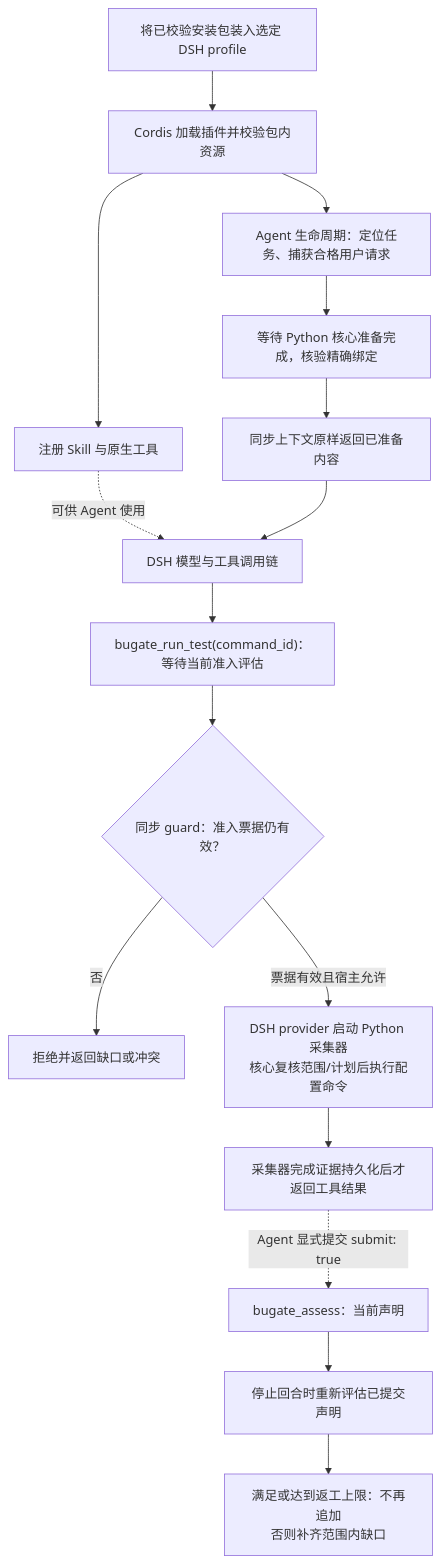
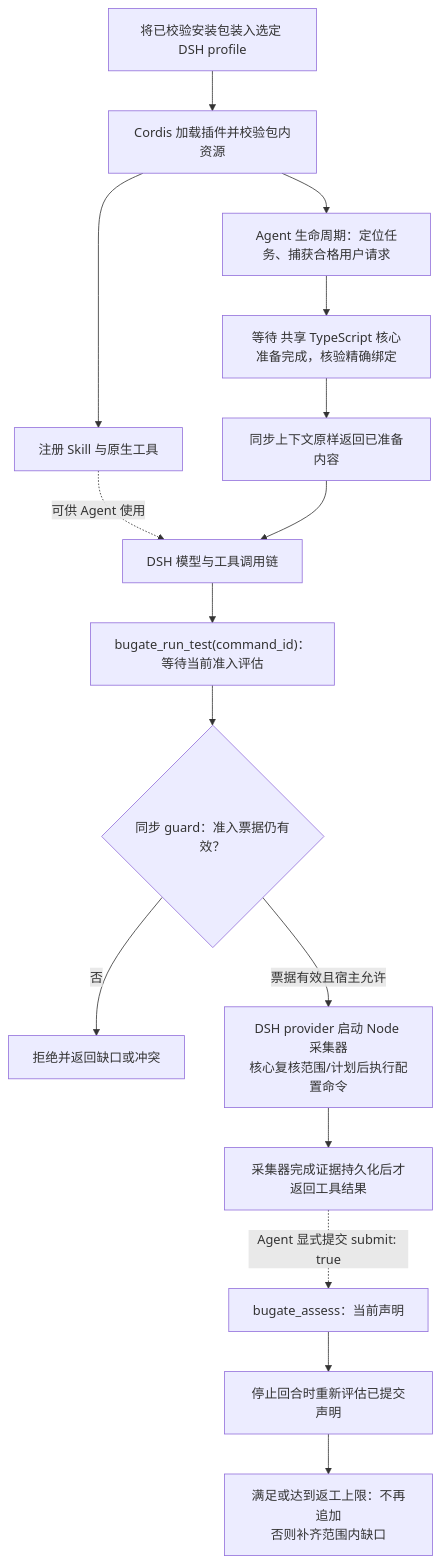
Before and after one commit to ZhangLiangchen/BUGate: the first of 2 diagrams in README.zh-CN.md, drawn with Mermaid. The commit also changed other lines of this file and 119 other files, not shown here.

Commit message:
feat: implement shared TypeScript core and native DSH Team review candidate

````diff
--- a/README.zh-CN.md
+++ b/README.zh-CN.md
@@ -43,18 +43,18 @@
 ```mermaid
 flowchart TD
     A["将已校验安装包装入选定 DSH profile"] --> B["Cordis 加载插件并校验包内资源"]
     B --> S["注册 Skill 与原生工具"]
     B --> T["Agent 生命周期：定位任务、捕获合格用户请求"]
-    T --> P["等待 Python 核心准备完成，核验精确绑定"]
+    T --> P["等待 共享 TypeScript 核心准备完成，核验精确绑定"]
     P --> C["同步上下文原样返回已准备内容"]
     S -. "可供 Agent 使用" .-> M["DSH 模型与工具调用链"]
     C --> M
     M --> Q["bugate_run_test(command_id)：等待当前准入评估"]
     Q --> G{"同步 guard：准入票据仍有效？"}
     G -->|"否"| N["拒绝并返回缺口或冲突"]
-    G -->|"票据有效且宿主允许"| X["DSH provider 启动 Python 采集器<br/>核心复核范围/计划后执行配置命令"]
+    G -->|"票据有效且宿主允许"| X["DSH provider 启动 Node 采集器<br/>核心复核范围/计划后执行配置命令"]
     X --> E["采集器完成证据持久化后才返回工具结果"]
     E -. "Agent 显式提交 submit: true" .-> F["bugate_assess：当前声明"]
     F --> H["停止回合时重新评估已提交声明"]
     H --> Z["满足或达到返工上限：不再追加<br/>否则补齐范围内缺口"]
 ```
````
